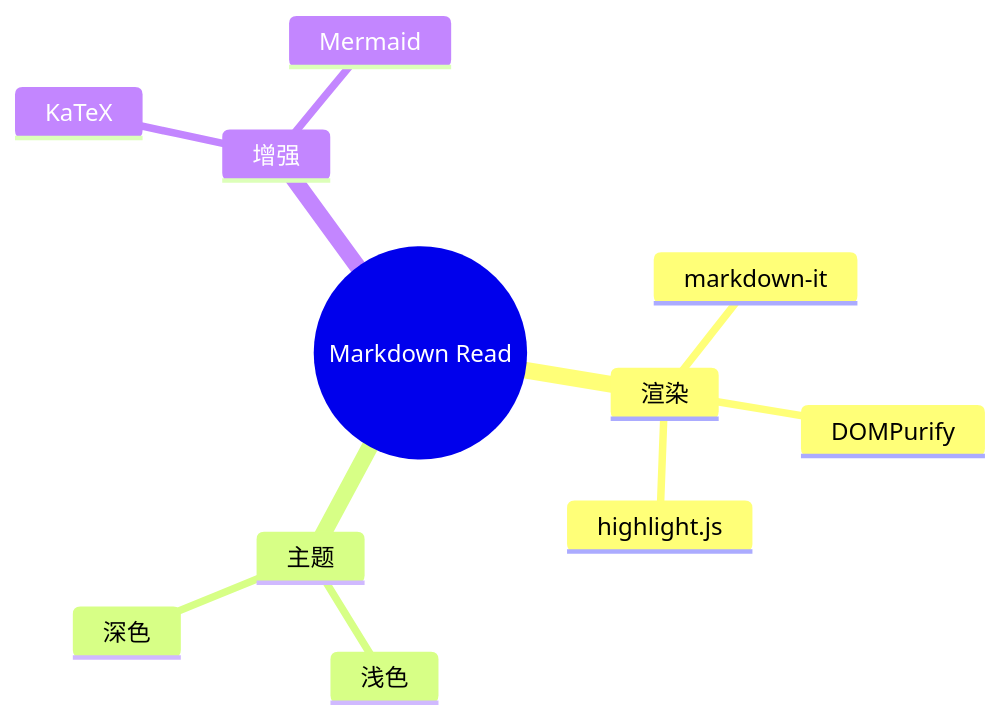
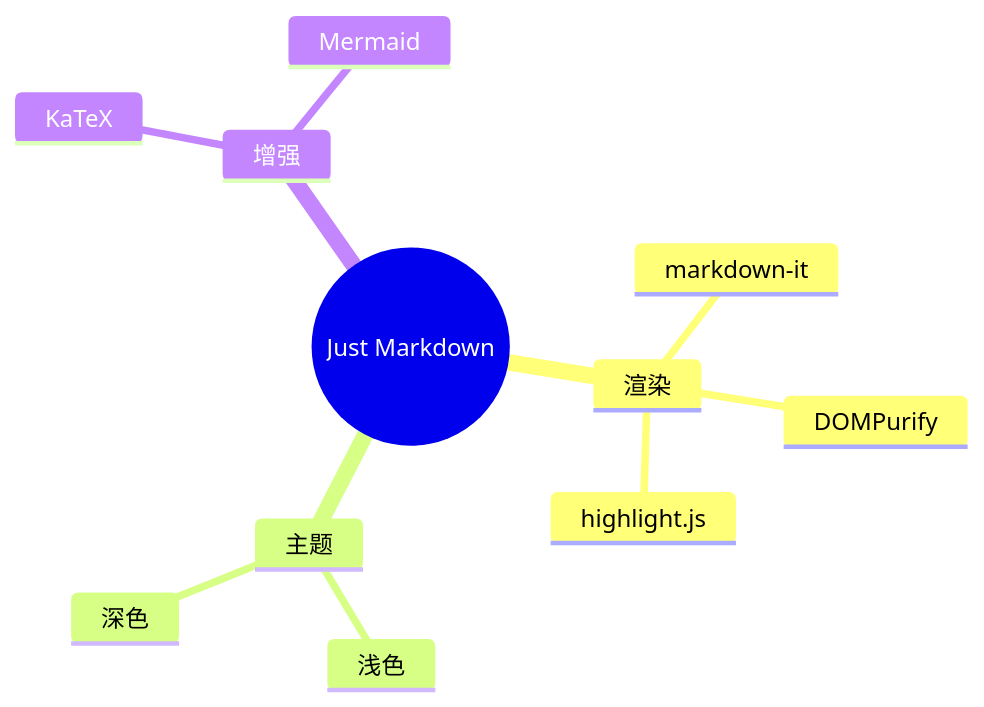
One commit to One-Txc/browser-extension-markdown-reader changed the eighth of 10 diagrams in testMd/13-Mermaid图表.md. Above: the diagram before and after it, drawn with Mermaid. The commit also changed 27 other files, not shown here.

````diff
--- a/testMd/13-Mermaid图表.md
+++ b/testMd/13-Mermaid图表.md
@@ -109,14 +109,14 @@
 ```mermaid
 mindmap
-  root((Markdown Read))
+  root((Just Markdown))
     渲染
       markdown-it
       DOMPurify
       highlight.js
     主题
       浅色
       深色
     增强
       KaTeX
       Mermaid
 ```
````
